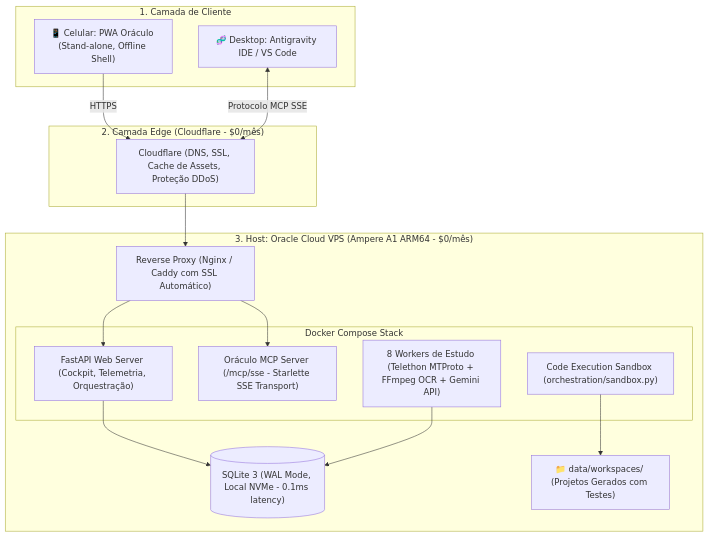
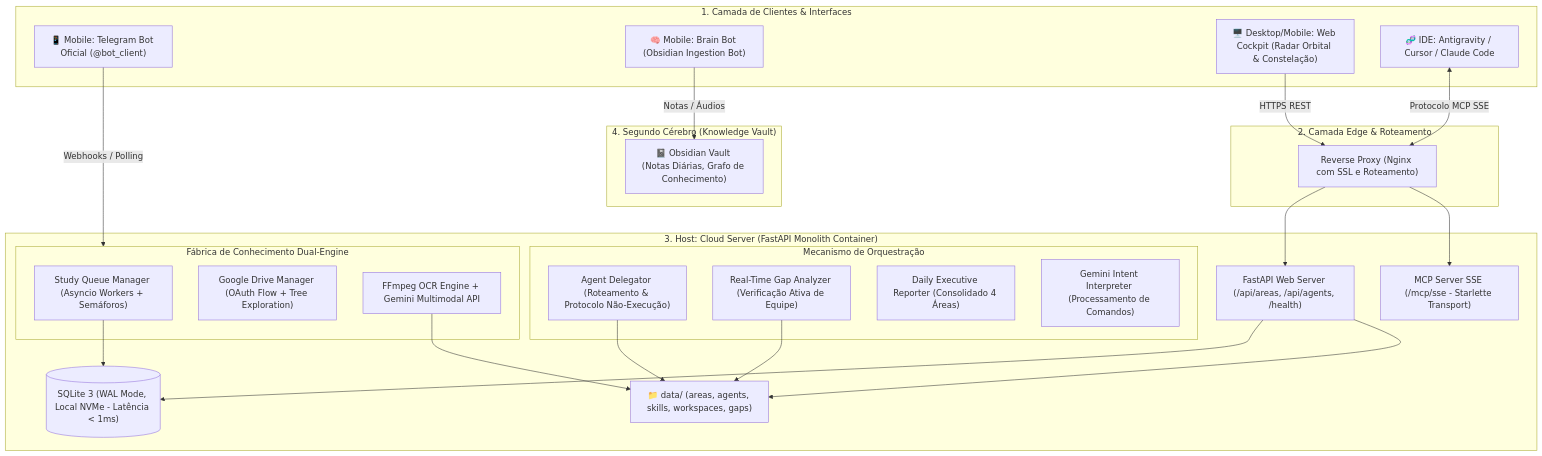
The diagram in docs/architecture.md (RodrigoBettio/oraculo), drawn with Mermaid before and after one commit. The commit also changed other lines of this file and 23 other files, not shown here.

Commit message:
fix: telegram bot listener scope, real-time gaps engine, marketing manager, area CRUD, and SDD/ADR spec standards

````diff
--- a/docs/architecture.md
+++ b/docs/architecture.md
@@ -9,34 +11,51 @@
 ```mermaid
 flowchart TD
-    subgraph ClientLayer ["1. Camada de Cliente"]
-        PWA["📱 Celular: PWA Oráculo (Stand-alone, Offline Shell)"]
-        AGY["🧬 Desktop: Antigravity IDE / VS Code"]
+    subgraph ClientLayer ["1. Camada de Clientes & Interfaces"]
+        TGBot["📱 Mobile: Telegram Bot Oficial (@bot_client)"]
+        TGBrain["🧠 Mobile: Brain Bot (Obsidian Ingestion Bot)"]
+        WebCockpit["🖥️ Desktop/Mobile: Web Cockpit (Radar Orbital & Constelação)"]
+        AGY["🧬 IDE: Antigravity / Cursor / Claude Code"]
     end
 
-    subgraph EdgeLayer ["2. Camada Edge (Cloudflare - $0/mês)"]
-        CF["Cloudflare (DNS, SSL, Cache de Assets, Proteção DDoS)"]
+    subgraph EdgeLayer ["2. Camada Edge & Roteamento"]
+        Proxy["Reverse Proxy (Nginx com SSL e Roteamento)"]
     end
 
-    subgraph HostLayer ["3. Host: Oracle Cloud VPS (Ampere A1 ARM64 - $0/mês)"]
-        Proxy["Reverse Proxy (Nginx / Caddy com SSL Automático)"]
+    subgraph CoreBackend ["3. Host: Cloud Server (FastAPI Monolith Container)"]
+        API["FastAPI Web Server (/api/areas, /api/agents, /health)"]
+        MCP["MCP Server SSE (/mcp/sse - Starlette Transport)"]
         
-        subgraph DockerEngine ["Docker Compose Stack"]
-            API["FastAPI Web Server (Cockpit, Telemetria, Orquestração)"]
-            MCP["Oráculo MCP Server (/mcp/sse - Starlette SSE Transport)"]
-            StudyWorkers["8 Workers de Estudo (Telethon MTProto + FFmpeg OCR + Gemini API)"]
-            CodeSandbox["Code Execution Sandbox (orchestration/sandbox.py)"]
+        subgraph OrchestrationEngine ["Mecanismo de Orquestração"]
+            Delegator["Agent Delegator (Roteamento & Protocolo Não-Execução)"]
+            GapAnalyzer["Real-Time Gap Analyzer (Verificação Ativa de Equipe)"]
+            DailyReporter["Daily Executive Reporter (Consolidado 4 Áreas)"]
+            IntentInterpreter["Gemini Intent Interpreter (Processamento de Comandos)"]
+        end
+
+        subgraph IngestionWorkers ["Fábrica de Conhecimento Dual-Engine"]
+            QueueMgr["Study Queue Manager (Asyncio Workers + Semáforos)"]
+            DriveClient["Google Drive Manager (OAuth Flow + Tree Exploration)"]
+            VideoProcessor["FFmpeg OCR Engine + Gemini Multimodal API"]
         end
         
-        SQLite[("SQLite 3 (WAL Mode, Local NVMe - 0.1ms latency)")]
-        Workspaces["📁 data/workspaces/ (Projetos Gerados com Testes)"]
+        SQLite[("SQLite 3 (WAL Mode, Local NVMe - Latência < 1ms)")]
+        DiskStorage["📁 data/ (areas, agents, skills, workspaces, gaps)"]
     end
 
-    PWA -->|HTTPS| CF
-    AGY <-->|Protocolo MCP SSE| CF
-    CF --> Proxy
+    subgraph KnowledgeVault ["4. Segundo Cérebro (Knowledge Vault)"]
+        Obsidian["📓 Obsidian Vault (Notas Diárias, Grafo de Conhecimento)"]
+    end
+
+    TGBot -->|Webhooks / Polling| IngestionWorkers
+    TGBrain -->|Notas / Áudios| Obsidian
+    WebCockpit -->|HTTPS REST| Proxy
+    AGY <-->|Protocolo MCP SSE| Proxy
     Proxy --> API
     Proxy --> MCP
     API --> SQLite
-    StudyWorkers --> SQLite
-    CodeSandbox --> Workspaces
+    API --> DiskStorage
+    QueueMgr --> SQLite
+    VideoProcessor --> DiskStorage
+    Delegator --> DiskStorage
+    GapAnalyzer --> DiskStorage
 ```
````
